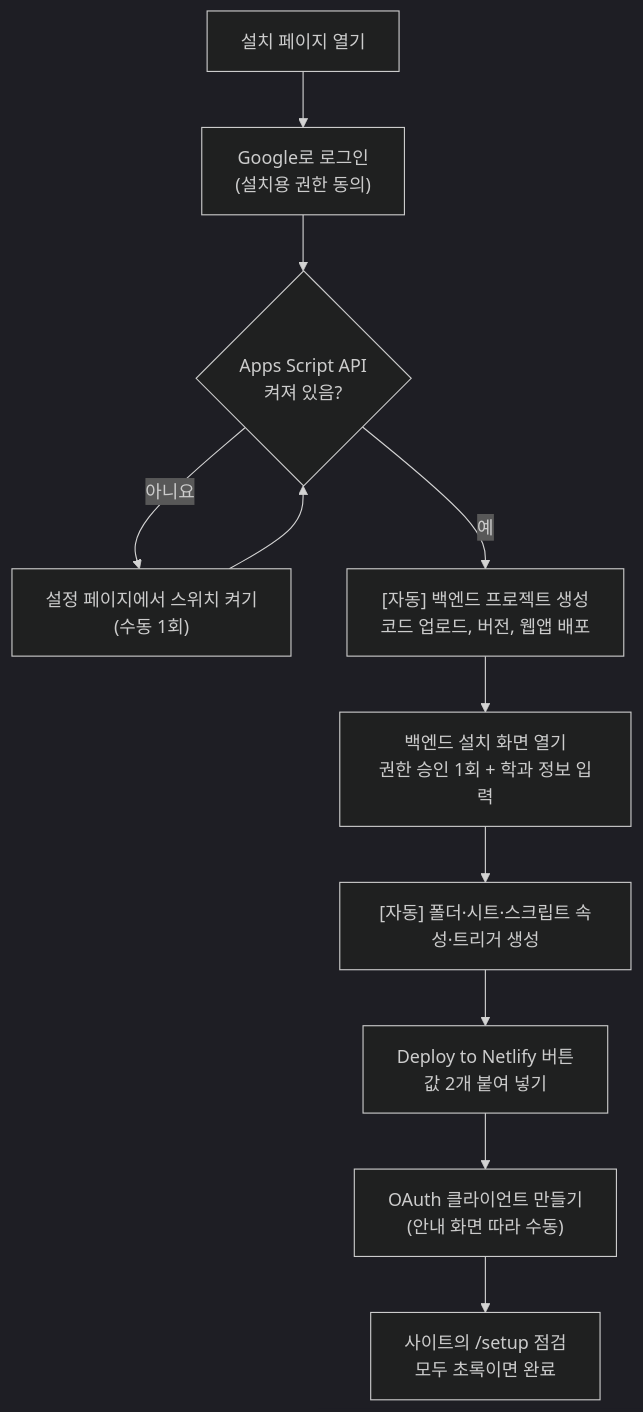
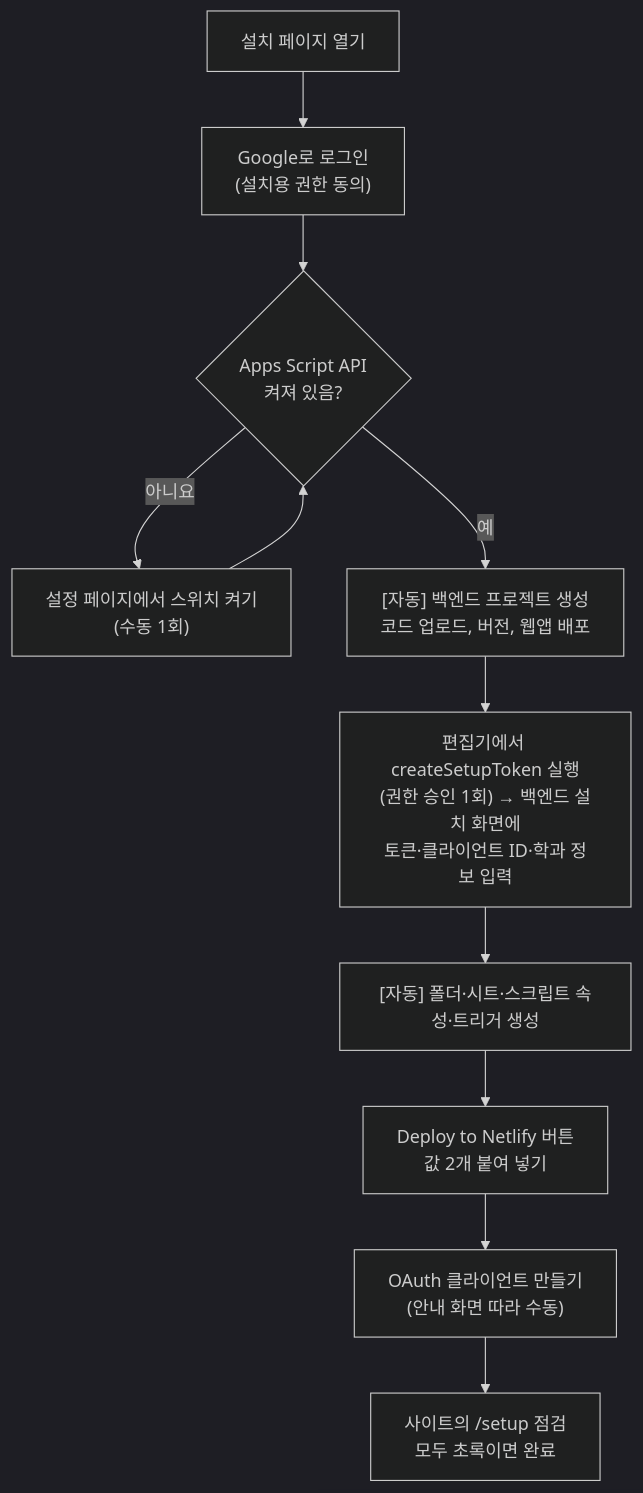
Before and after one commit to semicolon213/hot_potato_remake: the diagram in docs/EASY_SETUP_DESIGN.md, drawn with Mermaid (dark theme). The commit also changed other lines of this file and 14 other files, not shown here.

````diff
--- a/docs/EASY_SETUP_DESIGN.md
+++ b/docs/EASY_SETUP_DESIGN.md
@@ -17,12 +31,12 @@
 ```mermaid
 flowchart TD
     A["설치 페이지 열기"] --> B["Google로 로그인<br/>(설치용 권한 동의)"]
     B --> C{"Apps Script API<br/>켜져 있음?"}
     C -- 아니요 --> C1["설정 페이지에서 스위치 켜기<br/>(수동 1회)"] --> C
     C -- 예 --> D["[자동] 백엔드 프로젝트 생성<br/>코드 업로드, 버전, 웹앱 배포"]
-    D --> E["백엔드 설치 화면 열기<br/>권한 승인 1회 + 학과 정보 입력"]
+    D --> E["편집기에서 createSetupToken 실행<br/>(권한 승인 1회) → 백엔드 설치 화면에<br/>토큰·클라이언트 ID·학과 정보 입력"]
     E --> F["[자동] 폴더·시트·스크립트 속성·트리거 생성"]
     F --> G["Deploy to Netlify 버튼<br/>값 2개 붙여 넣기"]
     G --> H["OAuth 클라이언트 만들기<br/>(안내 화면 따라 수동)"]
     H --> I["사이트의 /setup 점검<br/>모두 초록이면 완료"]
 ```
````
